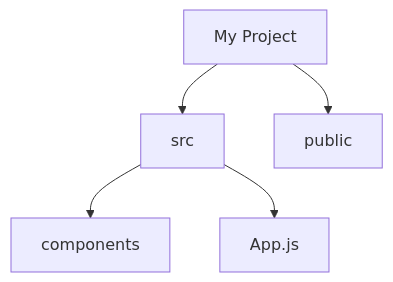
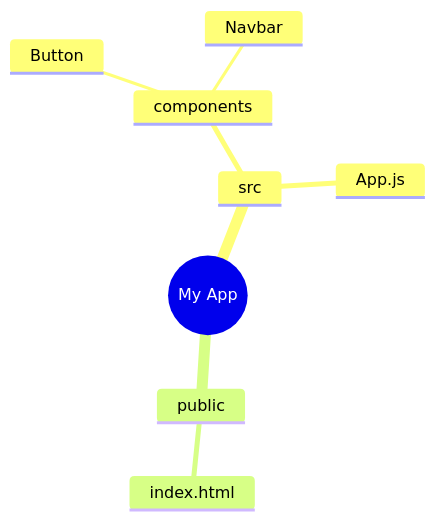
One commit to Sean-OConnor23/AI-200 changed the diagram in README.md. Above: the diagram before and after it, drawn with Mermaid. The commit also changed other lines of this file, not shown here.

Commit message:
Change project diagram to mindmap format
Updated project structure diagram to use mindmap format.

````diff
--- a/README.md
+++ b/README.md
@@ -8,7 +8,11 @@
 ```mermaid
-graph TD
-    Root[My Project] --> Src[src]
-    Root --> Public[public]
-    Src --> Components[components]
-    Src --> App[App.js]
+mindmap
+  root((My App))
+    src
+      components
+        Button
+        Navbar
+      App.js
+    public
+      index.html
 ```
````
